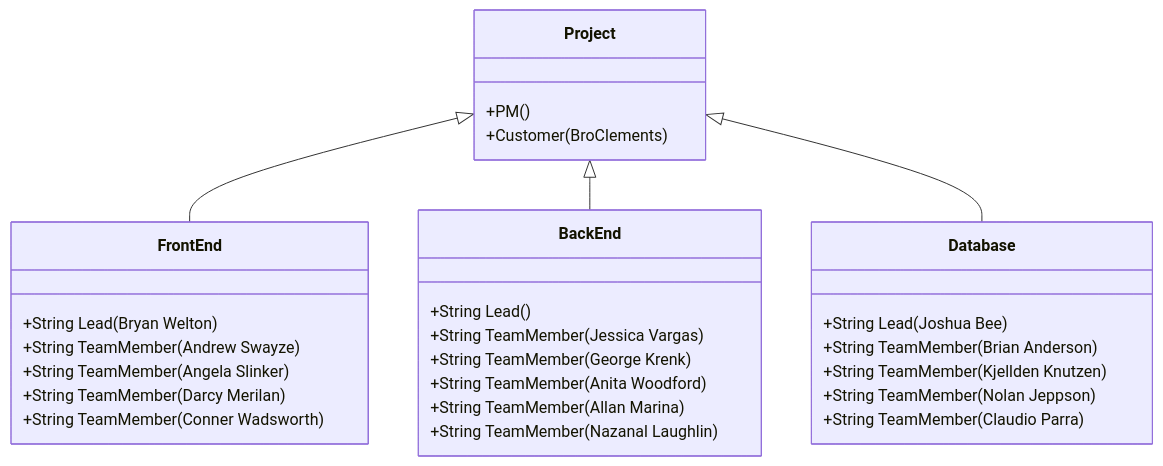
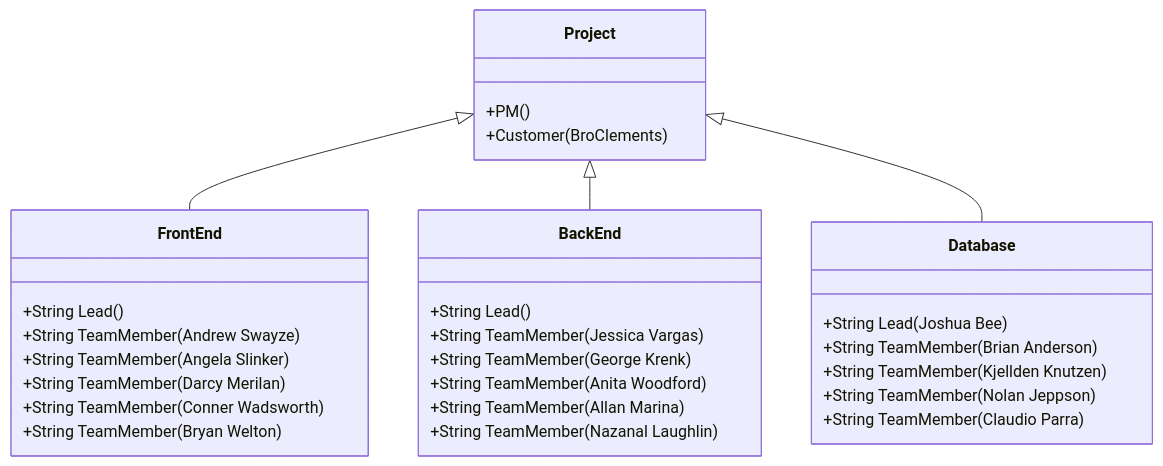
The second of 2 diagrams in ProjectManagement/OrganizationChart/OrganizationChart.md (byui-cse397/2024WinCSE490PCP), drawn with Mermaid before and after one commit.

````diff
--- a/ProjectManagement/OrganizationChart/OrganizationChart.md
+++ b/ProjectManagement/OrganizationChart/OrganizationChart.md
@@ -33,30 +33,31 @@
 ```mermaid
 classDiagram
       Project <|-- FrontEnd
       Project <|-- BackEnd
       Project <|-- Database
       Project : +PM()
       Project : +Customer(BroClements)
       class FrontEnd{
-          +String Lead(Bryan Welton)
+          +String Lead()
           +String TeamMember(Andrew Swayze)
           +String TeamMember(Angela Slinker)
           +String TeamMember(Darcy Merilan)
           +String TeamMember(Conner Wadsworth)
+          +String TeamMember(Bryan Welton)
       }
       class BackEnd{
           +String Lead()
           +String TeamMember(Jessica Vargas)
           +String TeamMember(George Krenk)
           +String TeamMember(Anita Woodford)
           +String TeamMember(Allan Marina)
           +String TeamMember(Nazanal Laughlin)
       }
       class Database{
           +String Lead(Joshua Bee)
           +String TeamMember(Brian Anderson)
           +String TeamMember(Kjellden Knutzen)
           +String TeamMember(Nolan Jeppson)
           +String TeamMember(Claudio Parra)
       }
 ```
````
